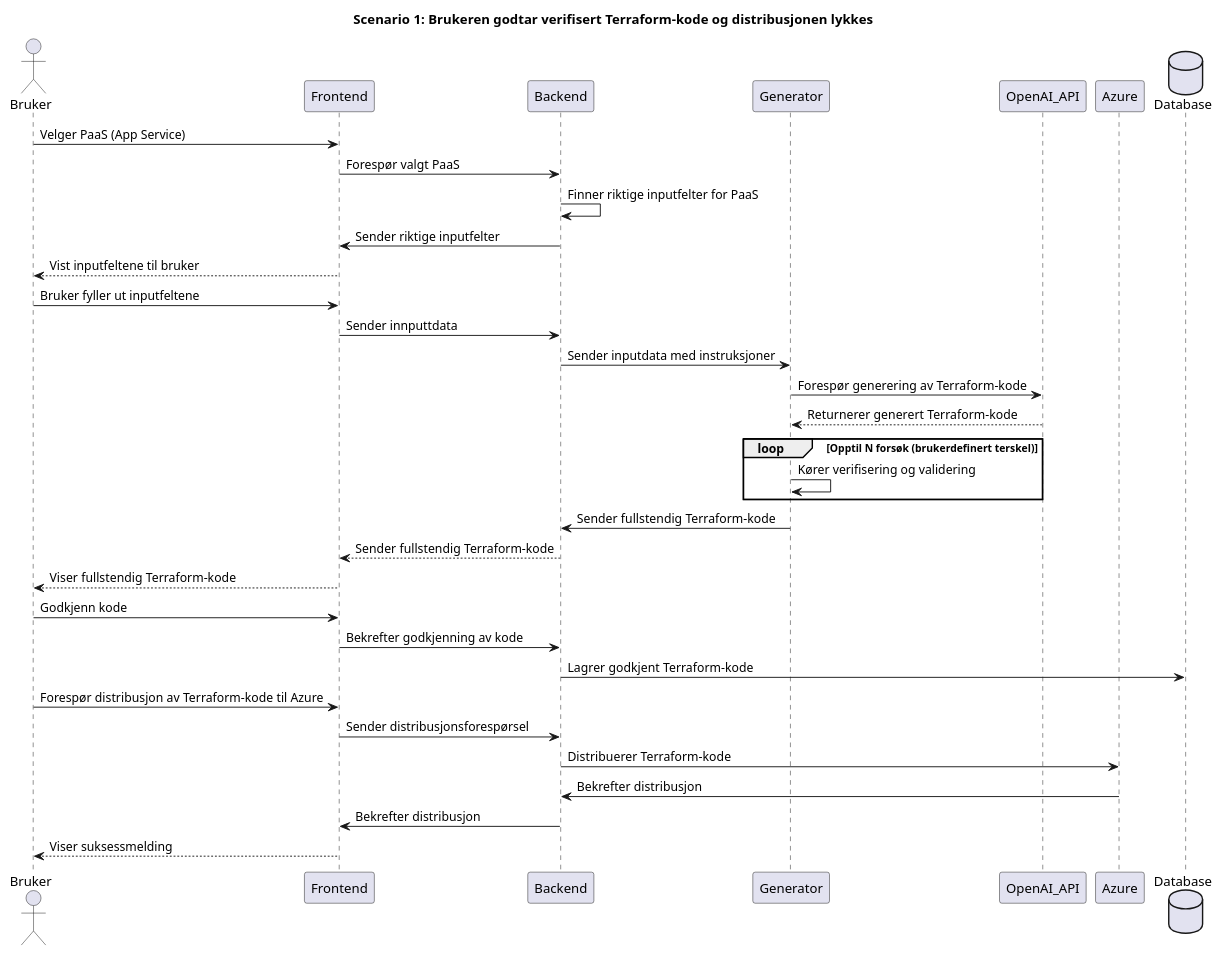
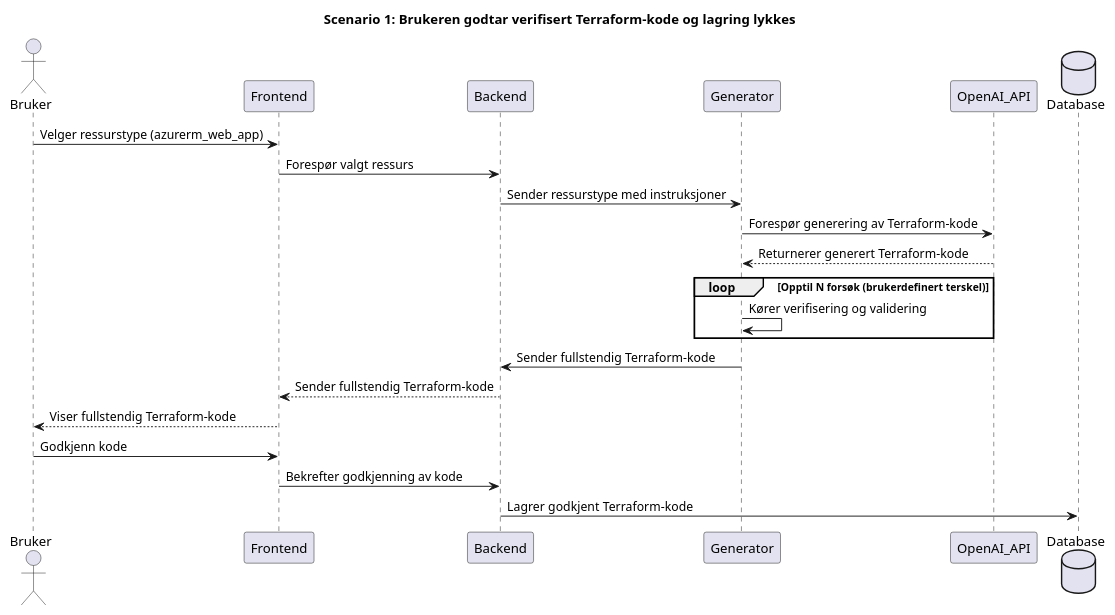
One commit to Bachelor-B25ITK12/Diagrammer changed the diagram in UML_Diagrammer/Applikasjonsflyt-LLM-v3/distribusjon_vellykket.puml. Above: the diagram before and after it, drawn with PlantUML. The commit also changed 19 other files, not shown here.

Commit message:
oppdatterte alle scenariene med riktige begreper, fra PaaS til produkt osv.

```diff
--- a/UML_Diagrammer/Applikasjonsflyt-LLM-v3/distribusjon_vellykket.puml
+++ b/UML_Diagrammer/Applikasjonsflyt-LLM-v3/distribusjon_vellykket.puml
@@ -1,45 +1,32 @@
 @startuml
-title Scenario 1: Brukeren godtar verifisert Terraform-kode og distribusjonen lykkes
+title Scenario 1: Brukeren godtar verifisert Terraform-kode og lagring lykkes
 
 actor           Bruker          as  Bruker
 participant     Frontend        as  Frontend
 participant     Backend         as  Backend
 participant     Generator       as  Generator
 participant     OpenAI_API      as  OpenAI_API
-participant     Azure           as  Azure
 database        Database        as  Database
 
-Bruker        ->      Frontend        :   Velger PaaS (App Service)
-Frontend      ->      Backend         :   Forespør valgt PaaS
-Backend       ->      Backend         :   Finner riktige inputfelter for PaaS
-Backend       ->      Frontend        :   Sender riktige inputfelter
-Frontend      -->     Bruker          :   Vist inputfeltene til bruker
-Bruker        ->      Frontend        :   Bruker fyller ut inputfeltene
-Frontend      ->      Backend         :   Sender innputtdata
-Backend       ->      Generator       :   Sender inputdata med instruksjoner
+Bruker        ->      Frontend        :   Velger ressurstype (azurerm_web_app)
+Frontend      ->      Backend         :   Forespør valgt ressurs
+Backend       ->      Generator       :   Sender ressurstype med instruksjoner
 
 
 Generator    ->      OpenAI_API      :   Forespør generering av Terraform-kode
 OpenAI_API   -->     Generator       :   Returnerer generert Terraform-kode
 
 
 loop Opptil N forsøk (brukerdefinert terskel)
 Generator   ->      Generator   :   Kører verifisering og validering
 end loop
 
 Generator   ->      Backend     :   Sender fullstendig Terraform-kode
 Backend     -->     Frontend    :   Sender fullstendig Terraform-kode
 Frontend    -->     Bruker      :   Viser fullstendig Terraform-kode
 Bruker      ->      Frontend    :   Godkjenn kode
 
 Frontend    ->      Backend         :   Bekrefter godkjenning av kode
 Backend     ->      Database        :   Lagrer godkjent Terraform-kode
-Bruker      ->      Frontend        :   Forespør distribusjon av Terraform-kode til Azure
-Frontend    ->      Backend         :   Sender distribusjonsforespørsel
-Backend     ->      Azure           :   Distribuerer Terraform-kode
 
-
-Azure       ->      Backend         :   Bekrefter distribusjon
-Backend     ->      Frontend        :   Bekrefter distribusjon
-Frontend    -->     Bruker          :   Viser suksessmelding
 @enduml
```
